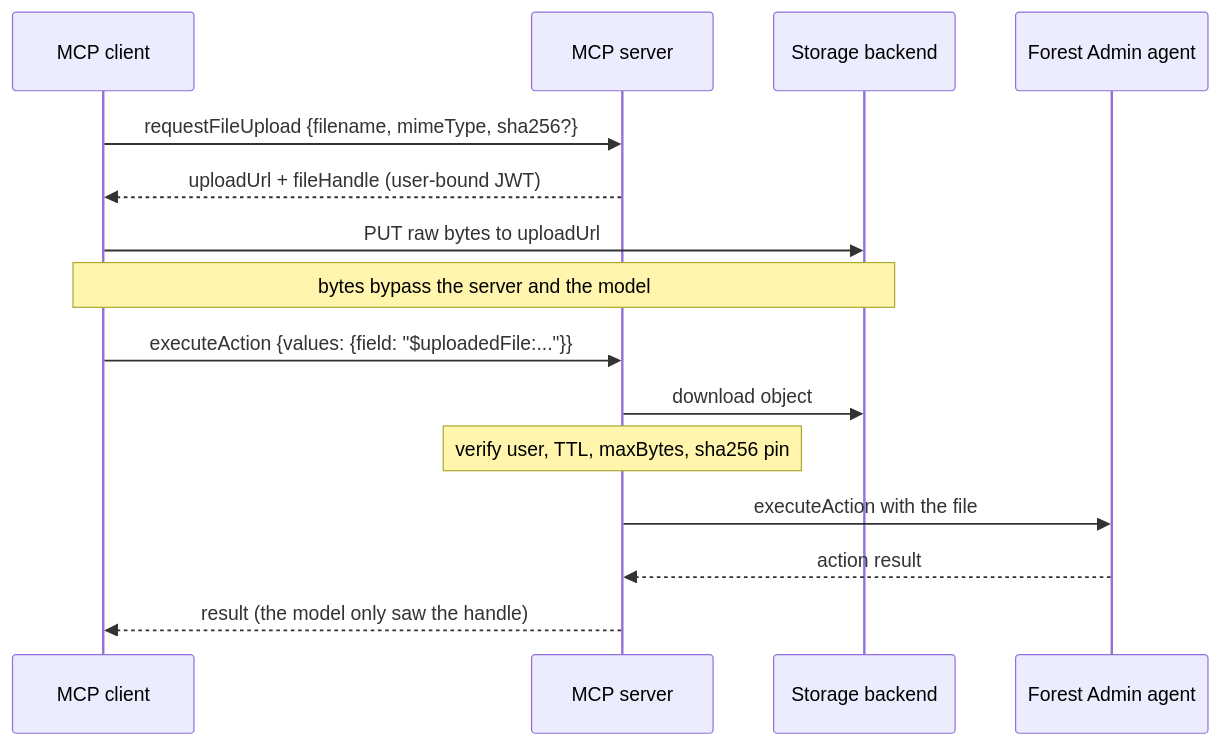
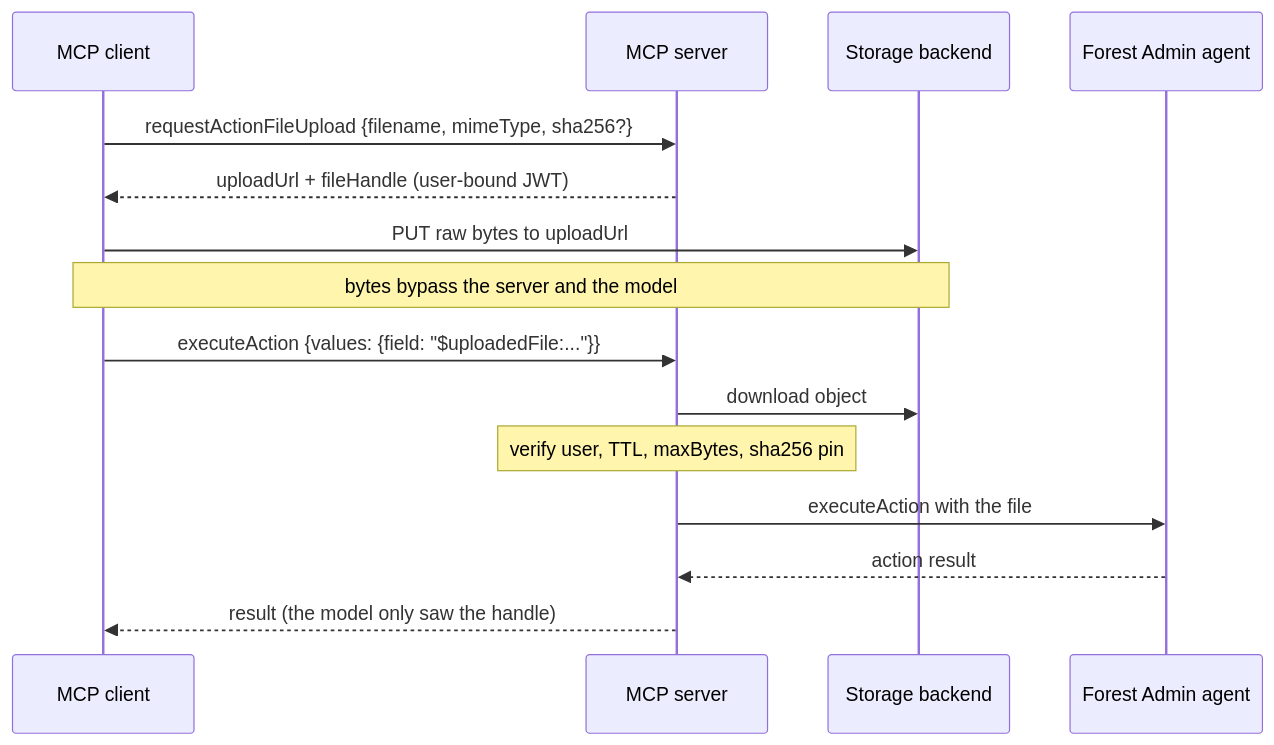
The diagram in packages/mcp-server/README.md (ForestAdmin/agent-nodejs), drawn with Mermaid before and after one commit. The commit also changed other lines of this file and 8 other files, not shown here.

First line of the commit message:
refactor(mcp-server)!: rename requestFileUpload to requestActionFileUpload

````diff
--- a/packages/mcp-server/README.md
+++ b/packages/mcp-server/README.md
@@ -281,18 +281,18 @@
 ```mermaid
 sequenceDiagram
     participant Client as MCP client
     participant Server as MCP server
     participant Storage as Storage backend
     participant Agent as Forest Admin agent
 
-    Client->>Server: requestFileUpload {filename, mimeType, sha256?}
+    Client->>Server: requestActionFileUpload {filename, mimeType, sha256?}
     Server-->>Client: uploadUrl + fileHandle (user-bound JWT)
     Client->>Storage: PUT raw bytes to uploadUrl
     Note over Client,Storage: bytes bypass the server and the model
     Client->>Server: executeAction {values: {field: "$uploadedFile:..."}}
     Server->>Storage: download object
     Note over Server: verify user, TTL, maxBytes, sha256 pin
     Server->>Agent: executeAction with the file
     Agent-->>Server: action result
     Server-->>Client: result (the model only saw the handle)
 ```
````
